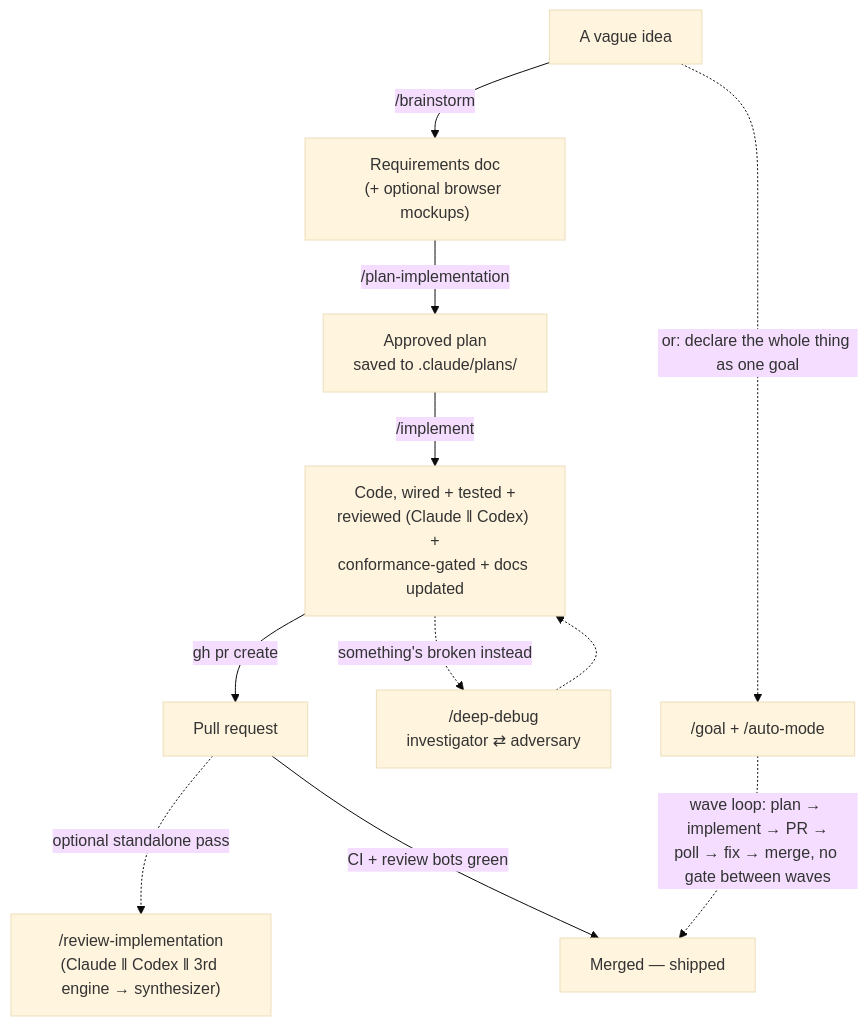
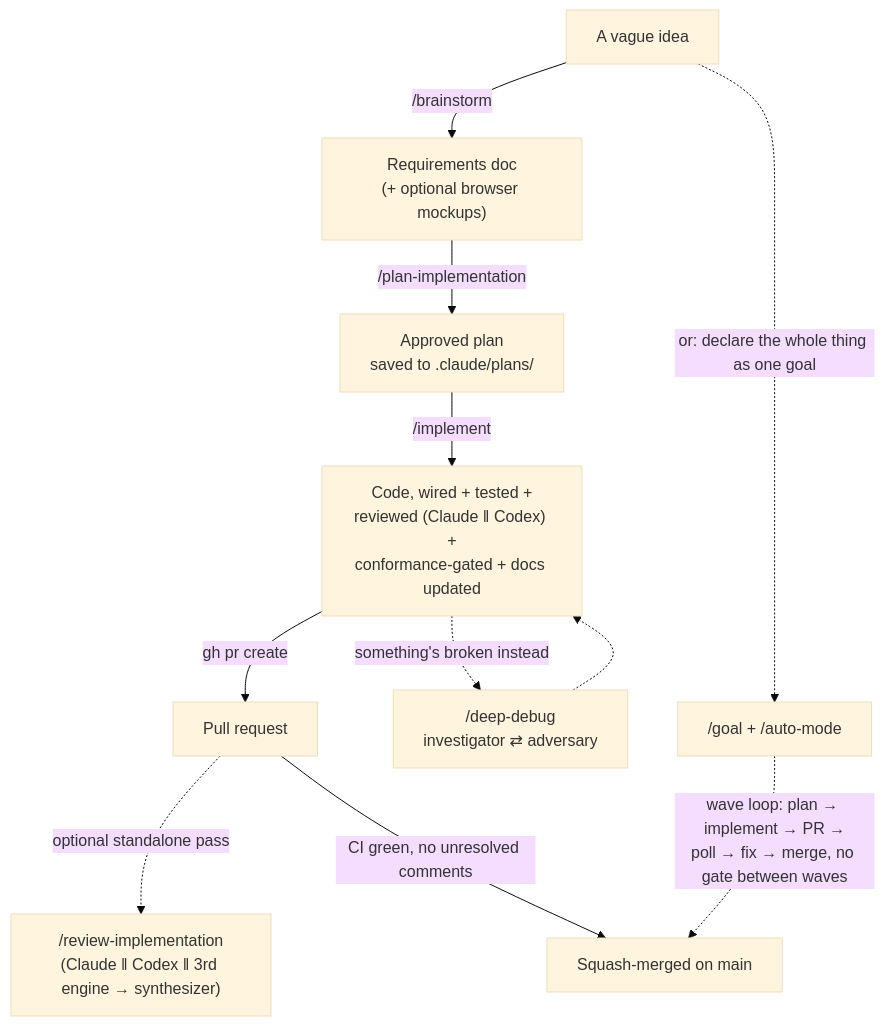
The diagram in .claude/agents/README.md (nodera-studio/glen), drawn with Mermaid (base theme) before and after one commit. The commit also changed other lines of this file and 88 other files, not shown here.

````diff
--- a/.claude/agents/README.md
+++ b/.claude/agents/README.md
@@ -127,15 +115,15 @@
 ```mermaid
 flowchart TD
     IDEA["A vague idea"] -->|"/brainstorm"| REQ["Requirements doc<br/>(+ optional browser mockups)"]
     REQ -->|"/plan-implementation"| PLAN["Approved plan<br/>saved to .claude/plans/"]
     PLAN -->|"/implement"| CODE["Code, wired + tested +<br/>reviewed (Claude ‖ Codex) +<br/>conformance-gated + docs updated"]
     CODE -->|"gh pr create"| PR["Pull request"]
     PR -.->|"optional standalone pass"| DEEPREV["/review-implementation<br/>(Claude ‖ Codex ‖ 3rd engine → synthesizer)"]
-    PR -->|"CI + review bots green"| SHIP["Merged — shipped"]
+    PR -->|"CI green, no unresolved comments"| SHIP["Squash-merged on main"]
 
     IDEA -.->|"or: declare the whole thing as one goal"| GOAL["/goal + /auto-mode"]
     GOAL -.->|"wave loop: plan → implement → PR →<br/>poll → fix → merge, no gate between waves"| SHIP
 
     CODE -.->|"something's broken instead"| DEBUG["/deep-debug<br/>investigator ⇄ adversary"]
     DEBUG -.-> CODE
 ```
````
